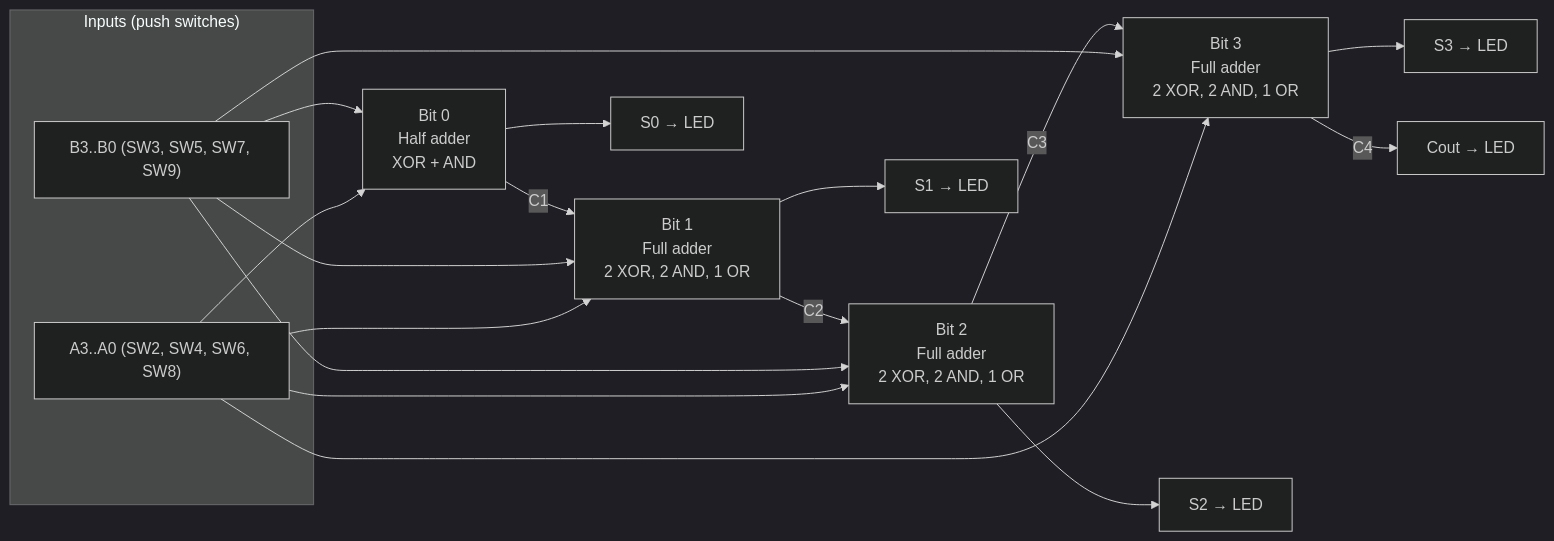
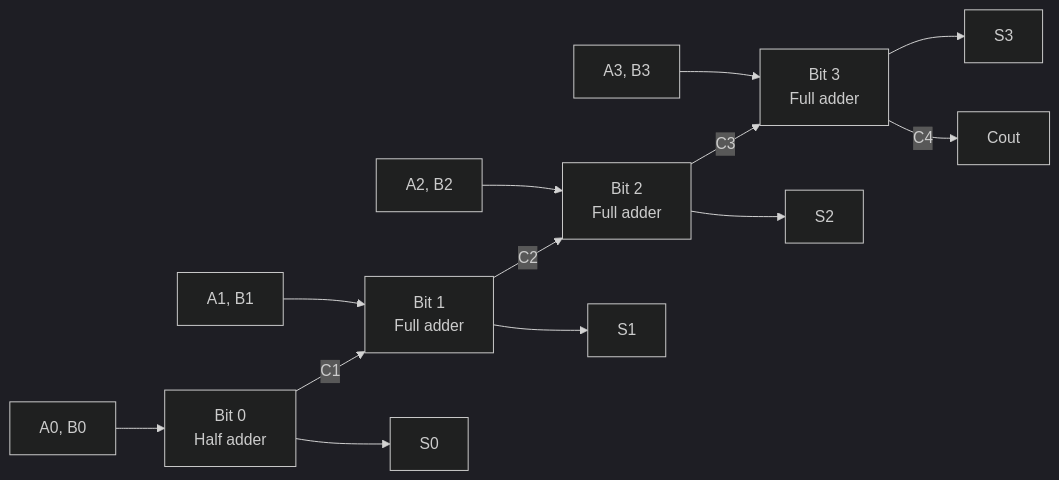
One commit to Nikhil-Misal-24/4-Bit-Binary-Adder-PCB changed the fourth of 6 diagrams in README.md. Above: the diagram before and after it, drawn with Mermaid (dark theme). The commit also changed other lines of this file, not shown here.

````diff
--- a/README.md
+++ b/README.md
@@ -140,31 +254,17 @@
 ```mermaid
 flowchart LR
-    subgraph IN["Inputs (push switches)"]
-        A["A3..A0 (SW2, SW4, SW6, SW8)"]
-        B["B3..B0 (SW3, SW5, SW7, SW9)"]
-    end
-
-    A --> HA0
-    B --> HA0
-    A --> FA1
-    B --> FA1
-    A --> FA2
-    B --> FA2
-    A --> FA3
-    B --> FA3
-
-    HA0["Bit 0<br/>Half adder<br/>XOR + AND"]
-    FA1["Bit 1<br/>Full adder<br/>2 XOR, 2 AND, 1 OR"]
-    FA2["Bit 2<br/>Full adder<br/>2 XOR, 2 AND, 1 OR"]
-    FA3["Bit 3<br/>Full adder<br/>2 XOR, 2 AND, 1 OR"]
+    IN0["A0, B0"] --> HA0["Bit 0<br/>Half adder"]
+    IN1["A1, B1"] --> FA1["Bit 1<br/>Full adder"]
+    IN2["A2, B2"] --> FA2["Bit 2<br/>Full adder"]
+    IN3["A3, B3"] --> FA3["Bit 3<br/>Full adder"]
 
     HA0 -- "C1" --> FA1
     FA1 -- "C2" --> FA2
     FA2 -- "C3" --> FA3
 
-    HA0 --> S0["S0 → LED"]
-    FA1 --> S1["S1 → LED"]
-    FA2 --> S2["S2 → LED"]
-    FA3 --> S3["S3 → LED"]
-    FA3 -- "C4" --> COUT["Cout → LED"]
+    HA0 --> S0["S0"]
+    FA1 --> S1["S1"]
+    FA2 --> S2["S2"]
+    FA3 --> S3["S3"]
+    FA3 -- "C4" --> COUT["Cout"]
 ```
````
